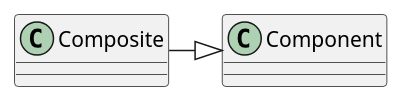
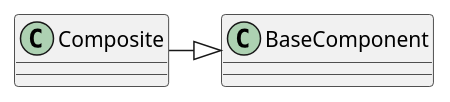
Before and after one commit to russell-n/thetuna: the second of 2 diagrams in tuna/components/component.rst, drawn with PlantUML. The commit also changed other lines of this file and 31 other files, not shown here.

```diff
--- a/tuna/components/component.rst
+++ b/tuna/components/component.rst
@@ -56,3 +56,3 @@
 .. uml::
 
-   Composite -|> Component
+   Composite -|> BaseComponent
```
